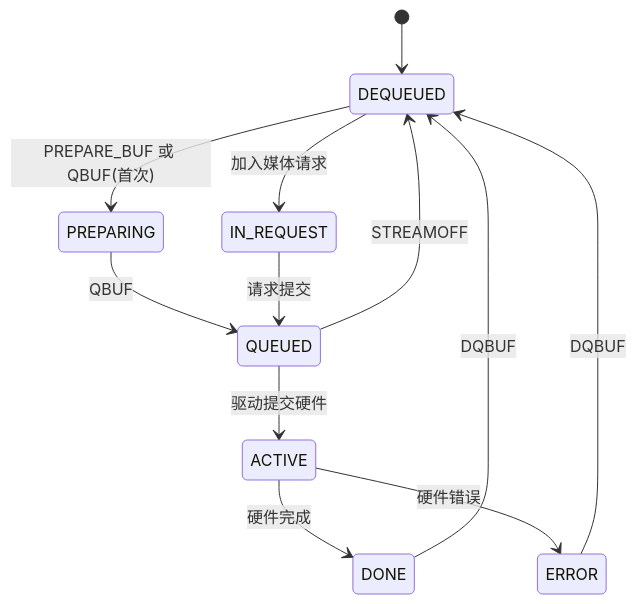
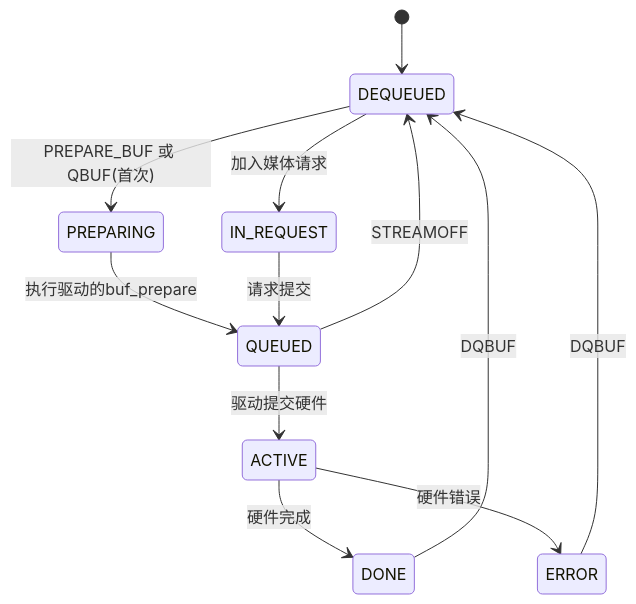
Before and after one commit to h13-0/Notebooks: the diagram in Linux内核原理及其开发/驱动开发专题/VB2/VB2概述/VB2概述.md, drawn with Mermaid. The commit also changed other lines of this file and 1 other file, not shown here.

````diff
--- a/Linux内核原理及其开发/驱动开发专题/VB2/VB2概述/VB2概述.md
+++ b/Linux内核原理及其开发/驱动开发专题/VB2/VB2概述/VB2概述.md
@@ -670,14 +670,14 @@
 ```mermaid
 stateDiagram-v2
     [*] --> DEQUEUED
     DEQUEUED --> PREPARING: PREPARE_BUF 或 QBUF(首次)
-    PREPARING --> QUEUED: QBUF
+    PREPARING --> QUEUED: 执行驱动的buf_prepare
     QUEUED --> ACTIVE: 驱动提交硬件
     ACTIVE --> DONE: 硬件完成
     ACTIVE --> ERROR: 硬件错误
     DONE --> DEQUEUED: DQBUF
     ERROR --> DEQUEUED: DQBUF
     QUEUED --> DEQUEUED: STREAMOFF
     DEQUEUED --> IN_REQUEST: 加入媒体请求
     IN_REQUEST --> QUEUED: 请求提交
 ```
````
